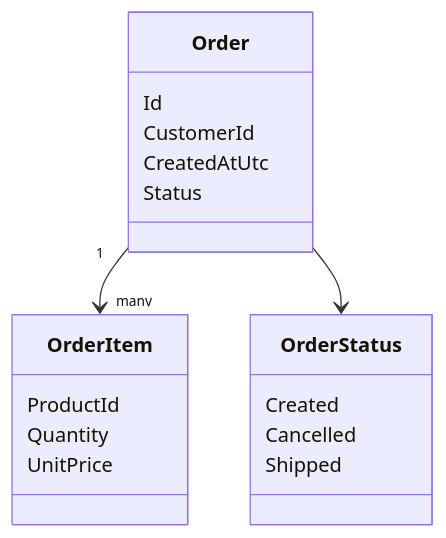
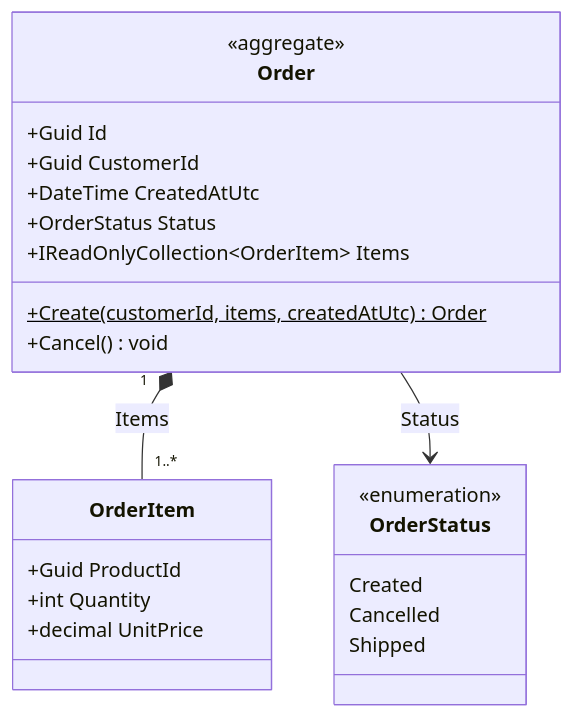
The first of 2 diagrams in docs/domain/domain-model.md (sulmar/project-template), drawn with Mermaid before and after one commit. The commit also changed other lines of this file and 4 other files, not shown here.

Commit message:
Dodanie diagramow uml

````diff
--- a/docs/domain/domain-model.md
+++ b/docs/domain/domain-model.md
@@ -13,24 +13,29 @@
 ```mermaid
 classDiagram
     class Order {
-        Id
-        CustomerId
-        CreatedAtUtc
-        Status
+        <<aggregate>>
+        +Guid Id
+        +Guid CustomerId
+        +DateTime CreatedAtUtc
+        +OrderStatus Status
+        +IReadOnlyCollection~OrderItem~ Items
+        +Create(customerId, items, createdAtUtc)$ Order
+        +Cancel() void
     }
 
     class OrderItem {
-        ProductId
-        Quantity
-        UnitPrice
+        +Guid ProductId
+        +int Quantity
+        +decimal UnitPrice
     }
 
     class OrderStatus {
+        <<enumeration>>
         Created
         Cancelled
         Shipped
     }
 
-    Order "1" --> "many" OrderItem
-    Order --> OrderStatus
+    Order "1" *-- "1..*" OrderItem : Items
+    Order --> OrderStatus : Status
 ```
````
